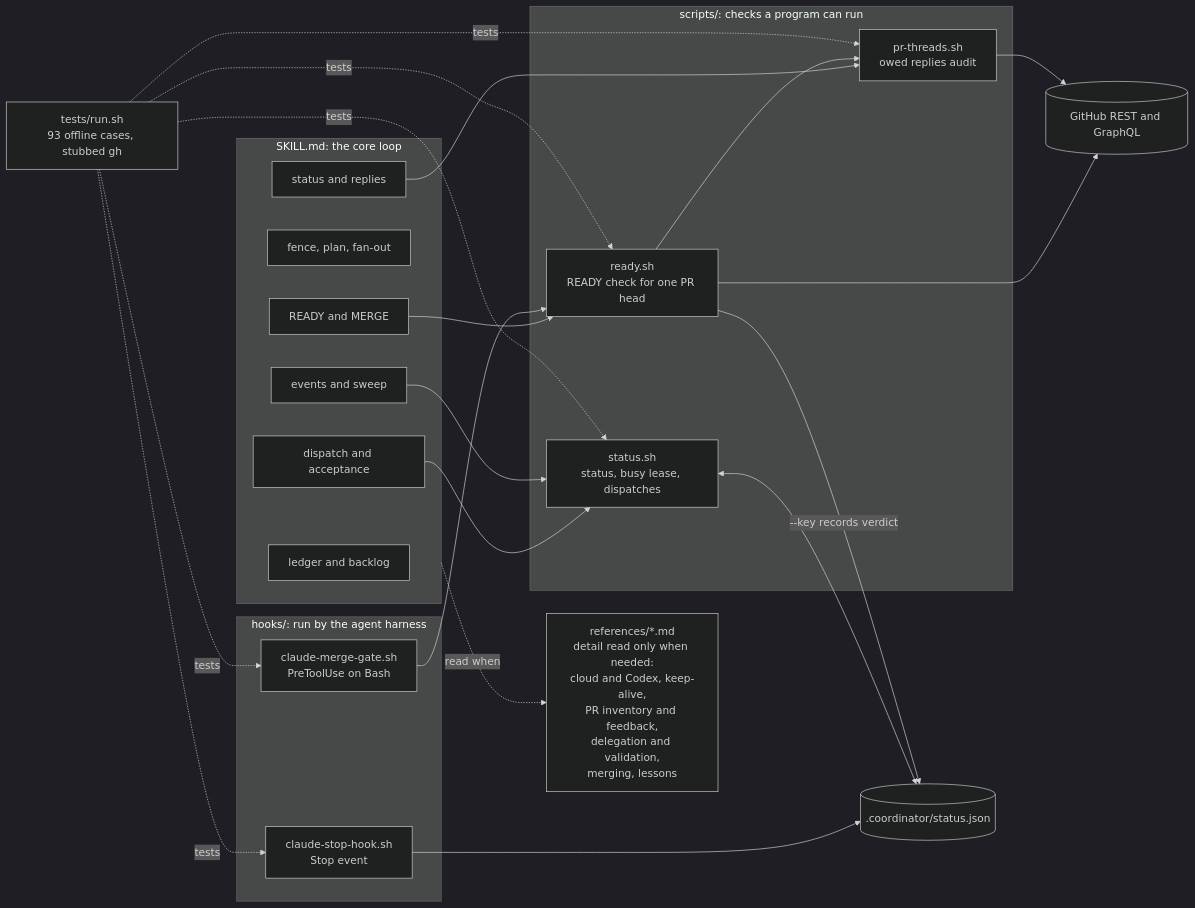
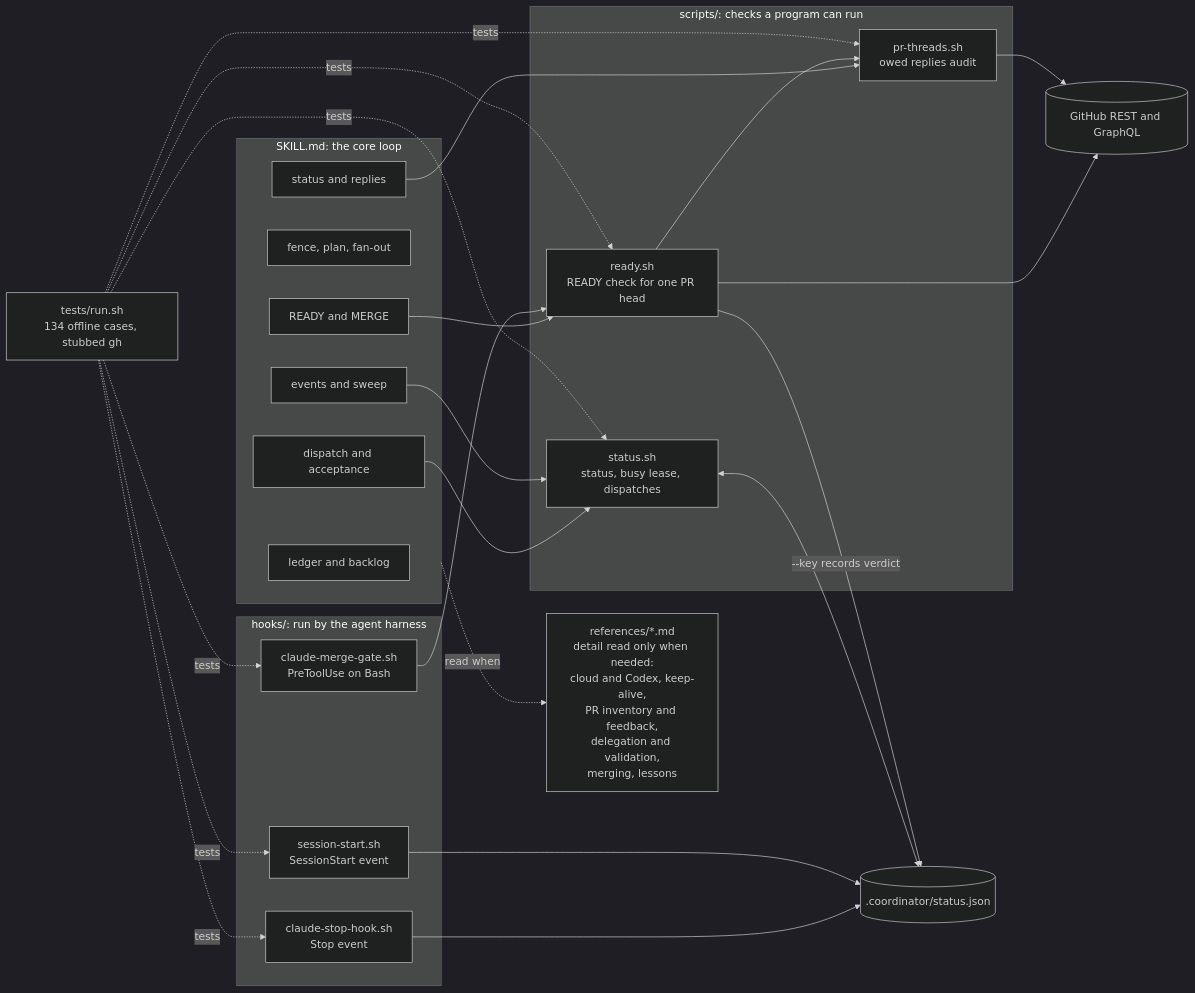
Before and after one commit to mejasonmejason/execution-coordinator: the first of 12 diagrams in docs/OVERVIEW.md, drawn with Mermaid (dark theme). The commit also changed other lines of this file and 5 other files, not shown here.

First line of the commit message:
Add a SessionStart hook that re-orients a coordinator session

````diff
--- a/docs/OVERVIEW.md
+++ b/docs/OVERVIEW.md
@@ -18,36 +18,38 @@
 ```mermaid
 flowchart LR
   subgraph Rules["SKILL.md: the core loop"]
     R1["ledger and backlog"]
     R2["fence, plan, fan-out"]
     R3["READY and MERGE"]
     R4["dispatch and acceptance"]
     R5["events and sweep"]
     R6["status and replies"]
   end
   Refs["references/*.md<br/>detail read only when needed:<br/>cloud and Codex, keep-alive,<br/>PR inventory and feedback,<br/>delegation and validation,<br/>merging, lessons"]
   Rules -. "read when" .-> Refs
   subgraph Scripts["scripts/: checks a program can run"]
     S1["status.sh<br/>status, busy lease, dispatches"]
     S2["ready.sh<br/>READY check for one PR head"]
     S3["pr-threads.sh<br/>owed replies audit"]
   end
   subgraph Hooks["hooks/: run by the agent harness"]
     H1["claude-stop-hook.sh<br/>Stop event"]
     H2["claude-merge-gate.sh<br/>PreToolUse on Bash"]
+    H3["session-start.sh<br/>SessionStart event"]
   end
   State[(".coordinator/status.json")]
   GH[("GitHub REST and GraphQL")]
   R3 --> S2
   R4 --> S1
   R6 --> S3
   R5 --> S1
   H2 --> S2
   S2 --> S3
   S1 <--> State
   H1 --> State
+  H3 --> State
   S2 -- "--key records verdict" --> State
   S2 --> GH
   S3 --> GH
-  T["tests/run.sh<br/>93 offline cases, stubbed gh"] -. tests .-> S1 & S2 & S3 & H1 & H2
+  T["tests/run.sh<br/>134 offline cases, stubbed gh"] -. tests .-> S1 & S2 & S3 & H1 & H2 & H3
 ```
````
